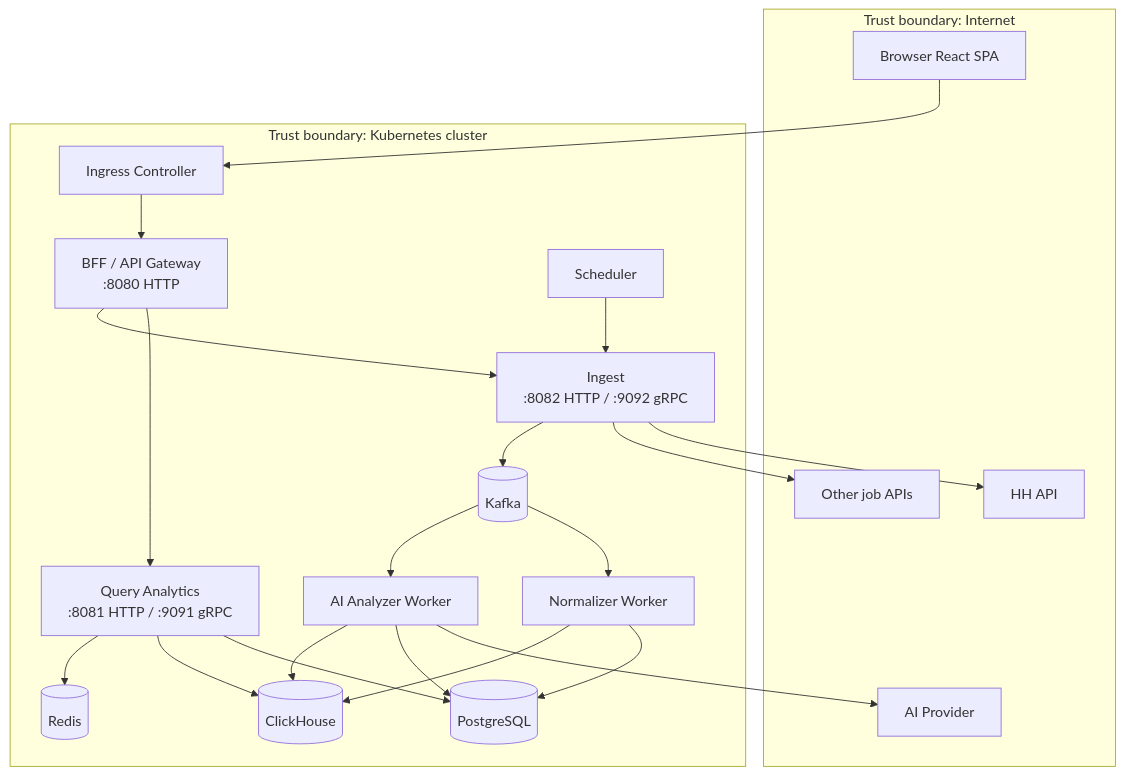
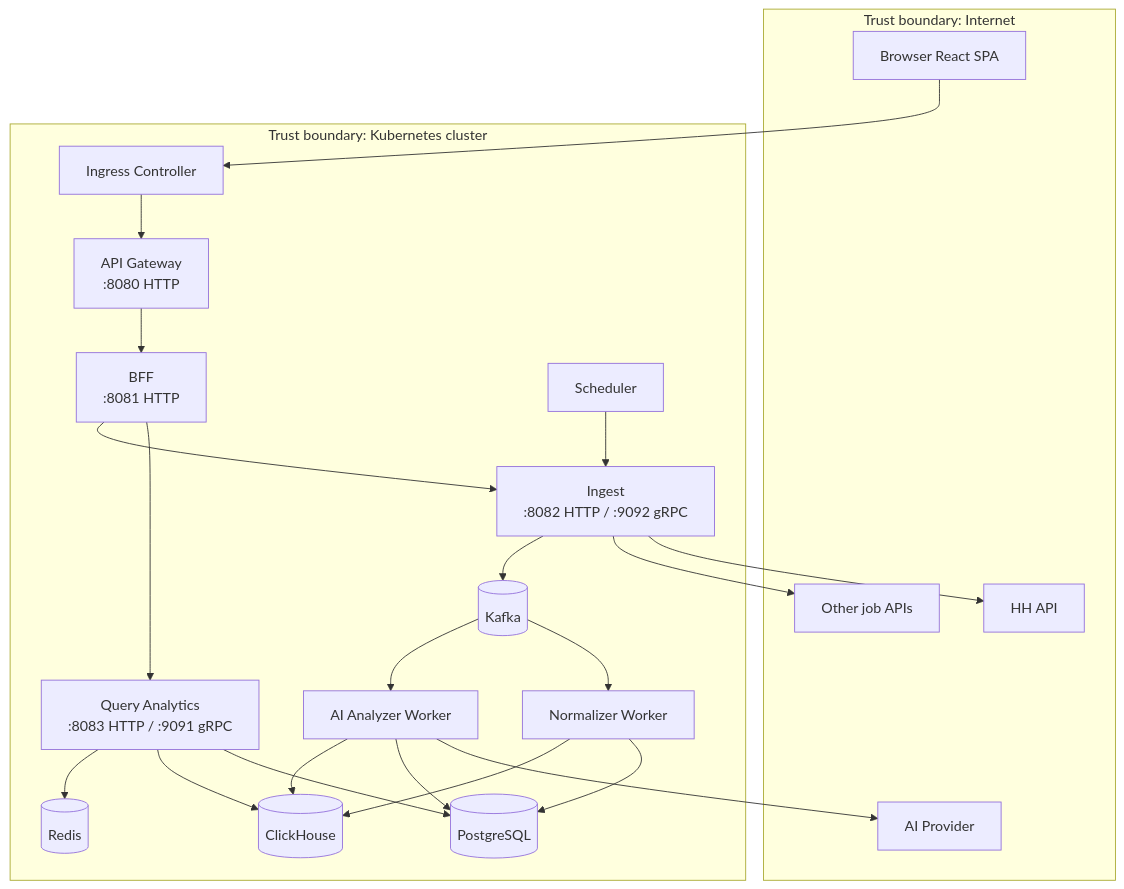
The third of 4 diagrams in docs/architecture/01-system-context.md (Chuchoss/it-labor-pulse), drawn with Mermaid before and after one commit. The commit also changed other lines of this file and 38 other files, not shown here.

First line of the commit message:
feat(gateway): add edge API gateway in front of BFF

````diff
--- a/docs/architecture/01-system-context.md
+++ b/docs/architecture/01-system-context.md
@@ -59,41 +59,42 @@
 ```mermaid
 flowchart TB
   subgraph TrustPublic["Trust boundary: Internet"]
     Browser[Browser React SPA]
     HH[HH API]
     ExtSrc[Other job APIs]
     LLM[AI Provider]
   end
 
   subgraph TrustCluster["Trust boundary: Kubernetes cluster"]
     Ingress[Ingress Controller]
-    BFF[BFF / API Gateway<br/>:8080 HTTP]
-    Query[Query Analytics<br/>:8081 HTTP / :9091 gRPC]
+    GW[API Gateway<br/>:8080 HTTP]
+    BFF[BFF<br/>:8081 HTTP]
+    Query[Query Analytics<br/>:8083 HTTP / :9091 gRPC]
     Ingest[Ingest<br/>:8082 HTTP / :9092 gRPC]
     Norm[Normalizer Worker]
     Sched[Scheduler]
     AIW[AI Analyzer Worker]
     Kafka[(Kafka)]
     PG[(PostgreSQL)]
     CH[(ClickHouse)]
     Redis[(Redis)]
   end
 
-  Browser --> Ingress --> BFF
+  Browser --> Ingress --> GW --> BFF
   BFF --> Query
   BFF --> Ingest
   Sched --> Ingest
   Ingest --> HH
   Ingest --> ExtSrc
   Ingest --> Kafka
   Kafka --> Norm
   Kafka --> AIW
   Norm --> PG
   Norm --> CH
   Query --> PG
   Query --> CH
   Query --> Redis
   AIW --> LLM
   AIW --> PG
   AIW --> CH
 ```
````
